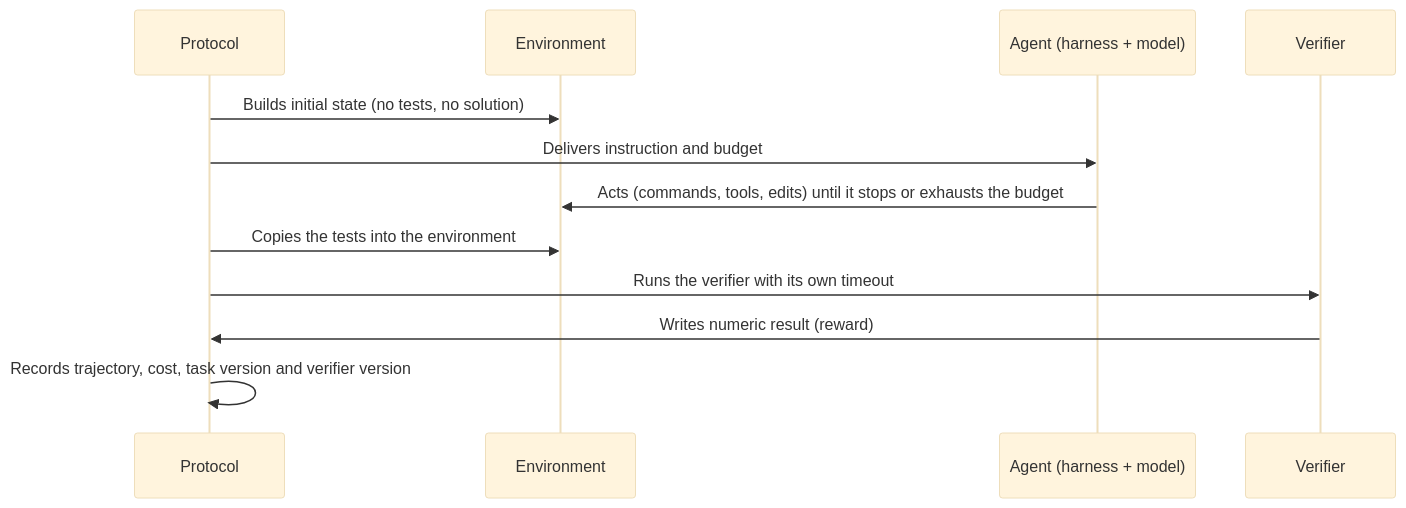
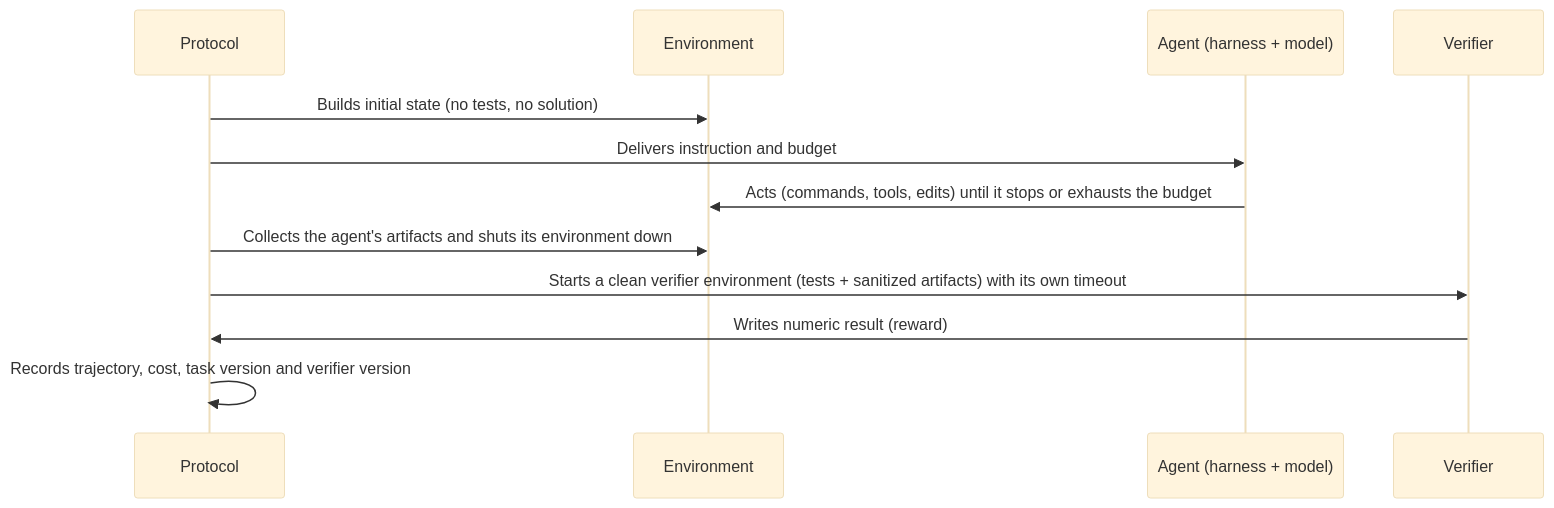
The diagram in content/en/05-observabilidade-avaliacao/05.07-avaliacao-de-agentes-tarefas-verificadores-e-incerteza.md (ruanpato/production-ai-engineering), drawn with Mermaid (base theme) before and after one commit. The commit also changed other lines of this file and 5 other files, not shown here.

````diff
--- a/content/en/05-observabilidade-avaliacao/05.07-avaliacao-de-agentes-tarefas-verificadores-e-incerteza.md
+++ b/content/en/05-observabilidade-avaliacao/05.07-avaliacao-de-agentes-tarefas-verificadores-e-incerteza.md
@@ -53,15 +53,15 @@
 ```mermaid
 sequenceDiagram
     participant P as Protocol
     participant E as Environment
     participant A as Agent (harness + model)
     participant V as Verifier
 
     P->>E: Builds initial state (no tests, no solution)
     P->>A: Delivers instruction and budget
     A->>E: Acts (commands, tools, edits) until it stops or exhausts the budget
-    P->>E: Copies the tests into the environment
-    P->>V: Runs the verifier with its own timeout
+    P->>E: Collects the agent's artifacts and shuts its environment down
+    P->>V: Starts a clean verifier environment (tests + sanitized artifacts) with its own timeout
     V->>P: Writes numeric result (reward)
     P->>P: Records trajectory, cost, task version and verifier version
 ```
````
